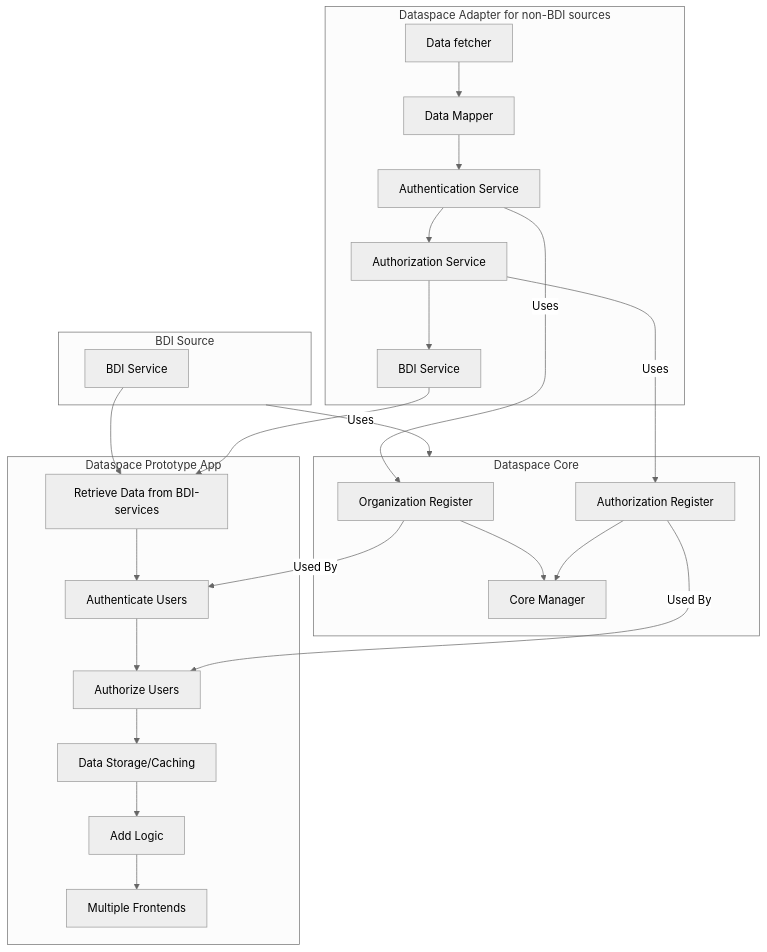
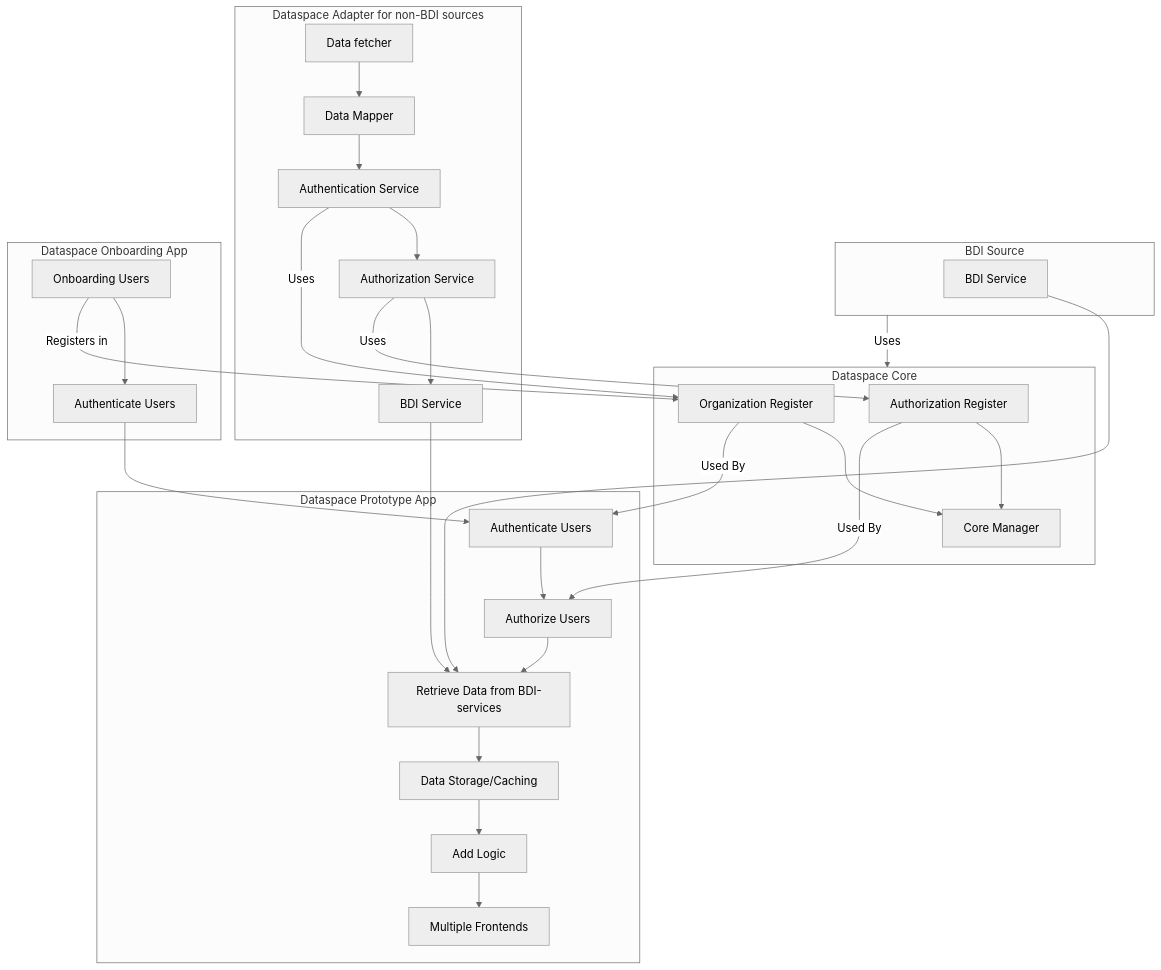
The diagram in Poort8.Dataspace.Wiki/architecture.md (POORT8/Poort8.Dataspace.NoodleBar), drawn with Mermaid (neutral theme) before and after one commit.

````diff
--- a/Poort8.Dataspace.Wiki/architecture.md
+++ b/Poort8.Dataspace.Wiki/architecture.md
@@ -2,65 +2,72 @@
 ```mermaid
 graph TB
 
 %% Dataspace Core
 subgraph Core[Dataspace Core]
     organizationRegister[Organization Register]
     AuthRegister[Authorization Register]
     CoreManager[Core Manager]
 end
 
 %% BDI Source
 subgraph BDIServiceExt[BDI Source]
     BDIServiceEndpoint[BDI Service]
 end
 
 
 %% Dataspace Adapter
 subgraph Dataspace Adapter for non-BDI sources
     DataFetcher[Data fetcher]
     DataMapper[Data Mapper]
     AuthService[Authentication Service]
     AuthzService[Authorization Service]
     BDIService[BDI Service]
 end
 
 
 
 %% Dataspace Apps
+subgraph Dataspace Onboarding App
+    OnboardingUsers[Onboarding Users]
+    AuthUsers2[Authenticate Users]
+end
 subgraph Dataspace Prototype App
-    RESTSrc[Retrieve Data from BDI-services]
     AuthUsers[Authenticate Users]
     PEP[Authorize Users]
+    RESTSrc[Retrieve Data from BDI-services]
     DataStore[Data Storage/Caching]
     Logic[Add Logic]
     FrontEnds[Multiple Frontends]
 end
 
 %% Connections within Dataspace Adapter
 DataFetcher-->DataMapper
 DataMapper-->AuthService
 AuthService-->AuthzService
 AuthzService-->BDIService
 
 %% Connections within Dataspace Core
 organizationRegister-->CoreManager
 AuthRegister-->CoreManager
 
 %% Connections within Dataspace Apps
-RESTSrc-->AuthUsers
+OnboardingUsers-->AuthUsers2
+RESTSrc-->DataStore
 AuthUsers-->PEP
-PEP-->DataStore
+PEP-->RESTSrc
 DataStore-->Logic
 Logic-->FrontEnds
 
 %% Dependencies
+OnboardingUsers-->|Registers in|organizationRegister
+AuthUsers2-->AuthUsers
 AuthzService-->|Uses|AuthRegister
 AuthRegister-->|Used By|PEP
 AuthService-->|Uses|organizationRegister
 organizationRegister-->|Used By|AuthUsers
 BDIServiceEndpoint-->RESTSrc
 BDIService-->RESTSrc
 BDIServiceExt-->|Uses|Core
 %%BDIServiceExt-->|May Use|AuthRegister
 
 ```
````
